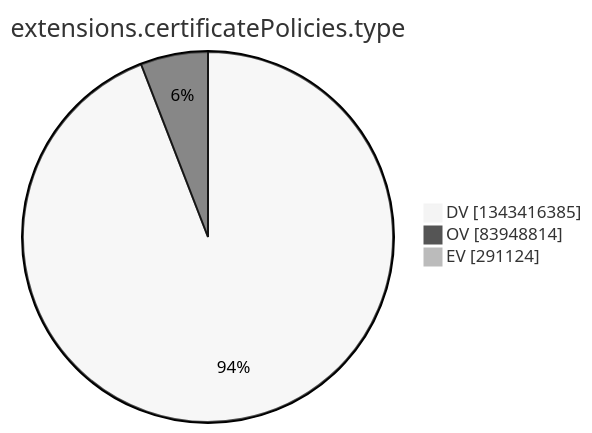
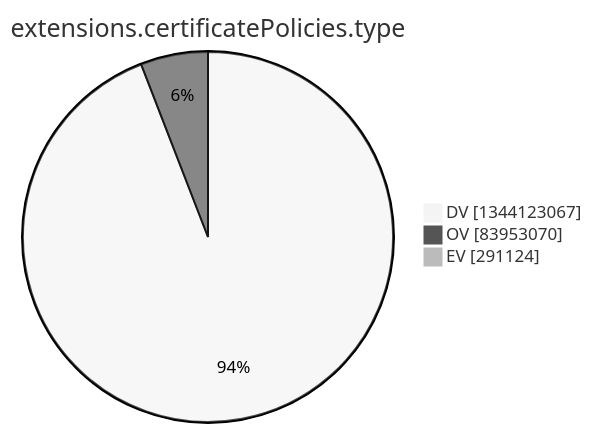
Before and after one commit to christiankrug/ctmonitor_visualization: the tenth of 15 diagrams in argon2022/README.md, drawn with Mermaid (neutral theme). The commit also changed other lines of this file, not shown here.

````diff
--- a/argon2022/README.md
+++ b/argon2022/README.md
@@ -2773,7 +2773,7 @@
 ```mermaid
 pie showData
 title extensions.certificatePolicies.type
-"DV" :1343416385
-"OV" :83948814
+"DV" :1344123067
+"OV" :83953070
 "EV" :291124
 ```
````
